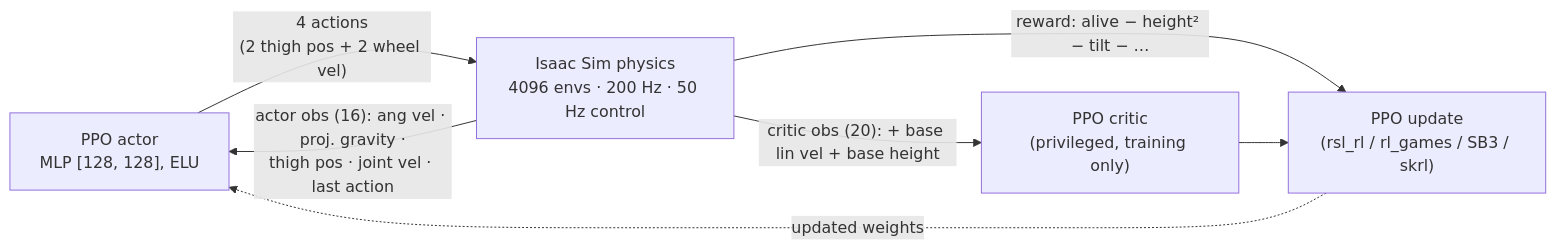
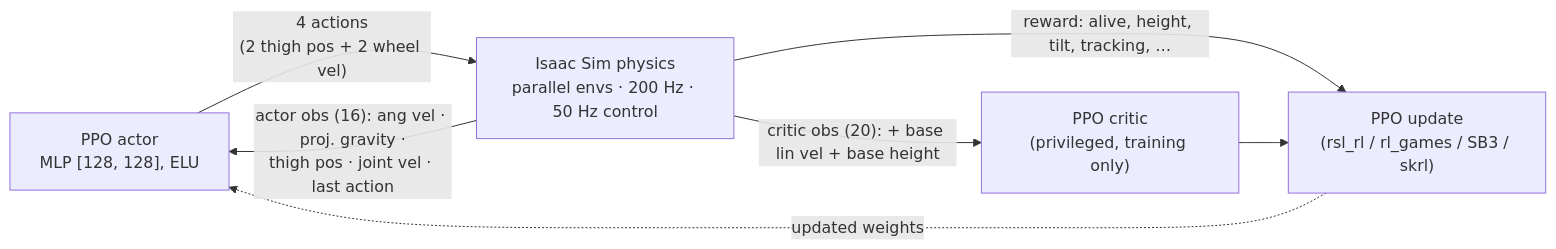
One commit to MickyasTA/wheeled_quadruped_robot changed the diagram in README.md. Above: the diagram before and after it, drawn with Mermaid. The commit also changed other lines of this file and 11 other files, not shown here.

````diff
--- a/README.md
+++ b/README.md
@@ -170,10 +157,10 @@
 ```mermaid
 flowchart LR
     P["PPO actor<br/>MLP [128, 128], ELU"]
-    P -- "4 actions<br/>(2 thigh pos + 2 wheel vel)" --> S["Isaac Sim physics<br/>4096 envs · 200 Hz · 50 Hz control"]
+    P -- "4 actions<br/>(2 thigh pos + 2 wheel vel)" --> S["Isaac Sim physics<br/>parallel envs · 200 Hz · 50 Hz control"]
     S -- "actor obs (16): ang vel · proj. gravity ·<br/>thigh pos · joint vel · last action" --> P
     S -- "critic obs (20): + base lin vel + base height" --> C["PPO critic<br/>(privileged, training only)"]
-    S -- "reward: alive − height² − tilt − …" --> R["PPO update<br/>(rsl_rl / rl_games / SB3 / skrl)"]
+    S -- "reward: alive, height, tilt, tracking, …" --> R["PPO update<br/>(rsl_rl / rl_games / SB3 / skrl)"]
     C --> R
     R -.->|updated weights| P
 ```
````
